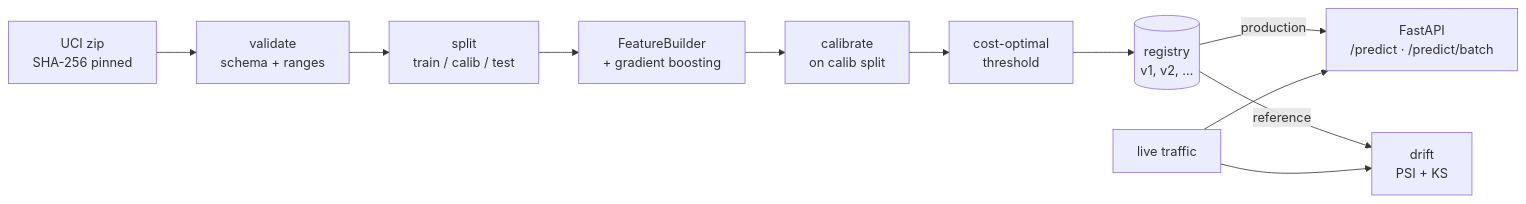
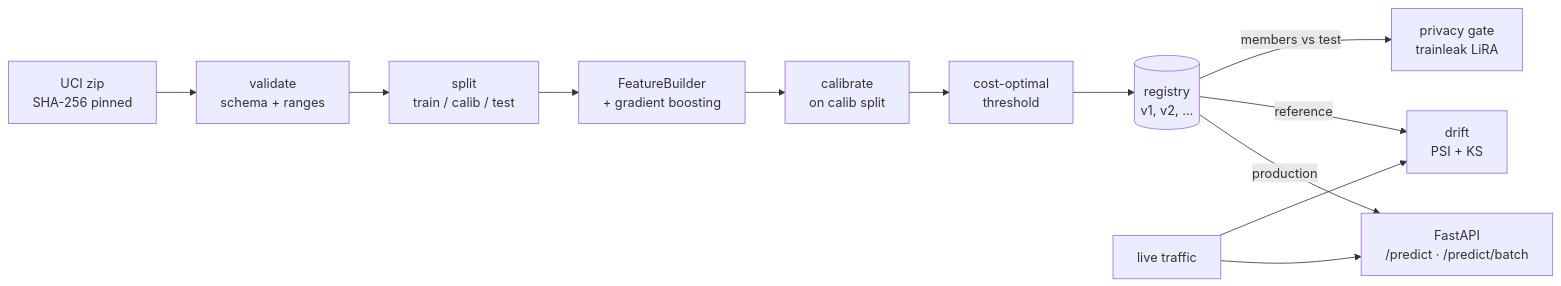
Before and after one commit to nancypatel12/riskline: the diagram in README.md, drawn with Mermaid. The commit also changed other lines of this file and 7 other files, not shown here.

First line of the commit message:
Add membership inference privacy audit via trainleak

````diff
--- a/README.md
+++ b/README.md
@@ -50,13 +57,14 @@
 ```mermaid
 flowchart LR
     A[UCI zip<br/>SHA-256 pinned] --> B[validate<br/>schema + ranges]
     B --> C[split<br/>train / calib / test]
     C --> D[FeatureBuilder<br/>+ gradient boosting]
     D --> E[calibrate<br/>on calib split]
     E --> F[cost-optimal<br/>threshold]
     F --> G[(registry<br/>v1, v2, …)]
     G -->|production| H[FastAPI<br/>/predict · /predict/batch]
     G -->|reference| I[drift<br/>PSI + KS]
+    G -->|members vs test| K[privacy gate<br/>trainleak LiRA]
     J[live traffic] --> H
     J --> I
 ```
````
